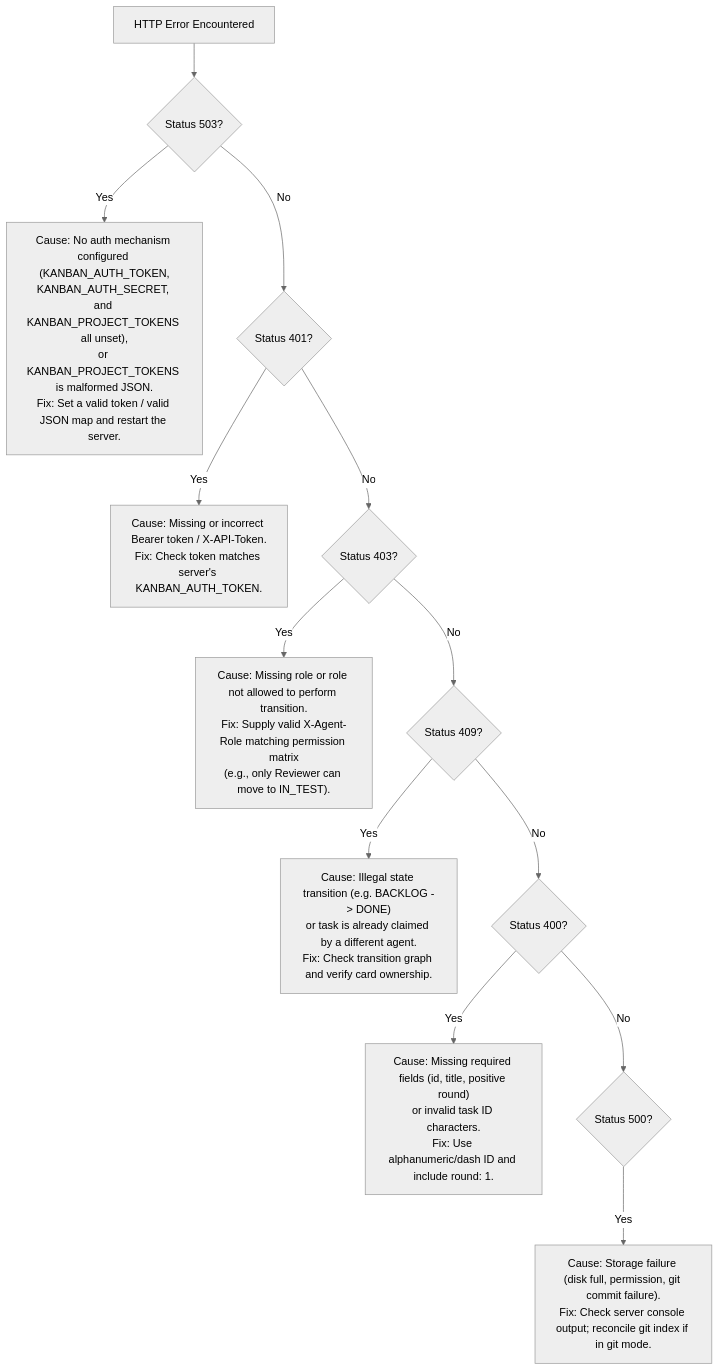
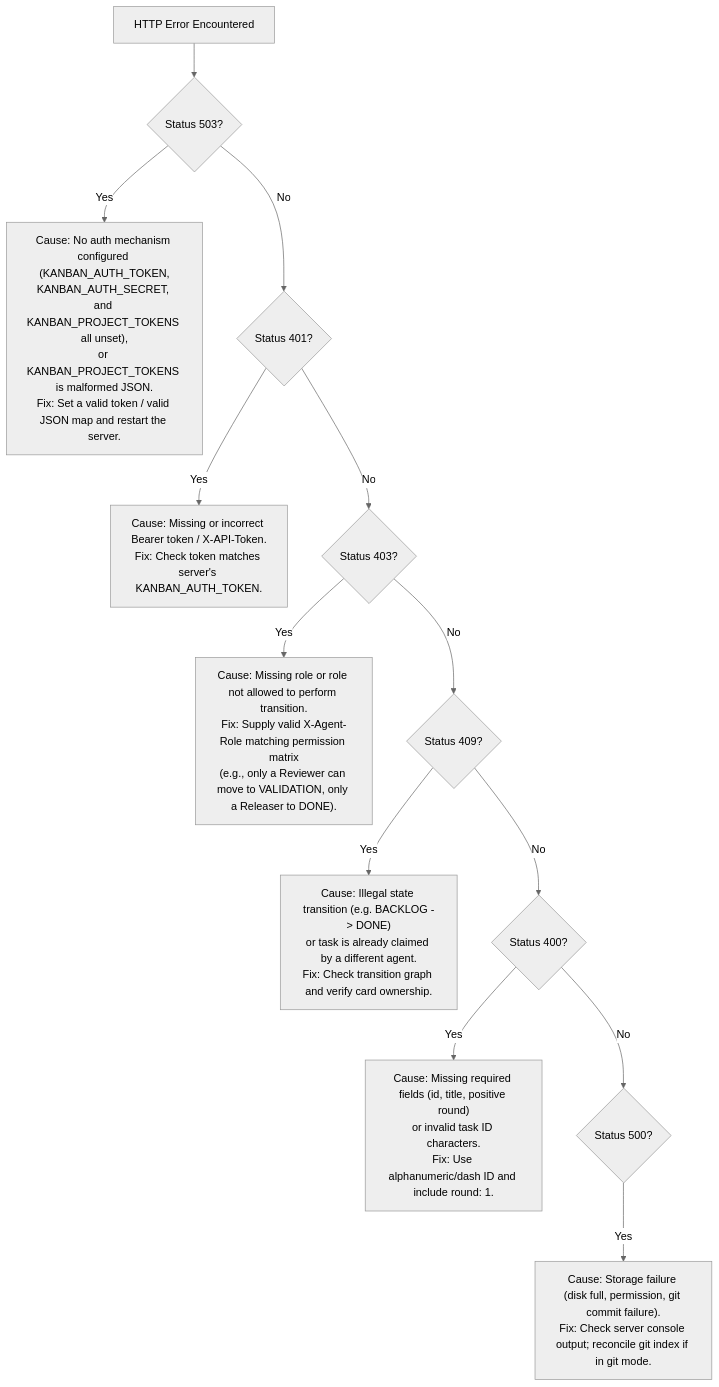
One commit to riazrahaman/agent-kanban-board changed the third of 3 diagrams in docs/USER_AND_OPERATOR_MANUAL.md. Above: the diagram before and after it, drawn with Mermaid (neutral theme). The commit also changed other lines of this file and 14 other files, not shown here.

````diff
--- a/docs/USER_AND_OPERATOR_MANUAL.md
+++ b/docs/USER_AND_OPERATOR_MANUAL.md
@@ -562,22 +598,22 @@
 ```mermaid
 flowchart TD
     Err["HTTP Error Encountered"]
     
     Err --> Code503{"Status 503?"}
     Code503 -- Yes --> Fix503["Cause: No auth mechanism configured (KANBAN_AUTH_TOKEN,\nKANBAN_AUTH_SECRET, and KANBAN_PROJECT_TOKENS all unset),\nor KANBAN_PROJECT_TOKENS is malformed JSON.\nFix: Set a valid token / valid JSON map and restart the server."]
     
     Code503 -- No --> Code401{"Status 401?"}
     Code401 -- Yes --> Fix401["Cause: Missing or incorrect Bearer token / X-API-Token.\nFix: Check token matches server's KANBAN_AUTH_TOKEN."]
 
     Code401 -- No --> Code403{"Status 403?"}
-    Code403 -- Yes --> Fix403["Cause: Missing role or role not allowed to perform transition.\nFix: Supply valid X-Agent-Role matching permission matrix\n(e.g., only Reviewer can move to IN_TEST)."]
+    Code403 -- Yes --> Fix403["Cause: Missing role or role not allowed to perform transition.\nFix: Supply valid X-Agent-Role matching permission matrix\n(e.g., only a Reviewer can move to VALIDATION, only a Releaser to DONE)."]
 
     Code403 -- No --> Code409{"Status 409?"}
     Code409 -- Yes --> Fix409["Cause: Illegal state transition (e.g. BACKLOG -> DONE)\nor task is already claimed by a different agent.\nFix: Check transition graph and verify card ownership."]
 
     Code409 -- No --> Code400{"Status 400?"}
     Code400 -- Yes --> Fix400["Cause: Missing required fields (id, title, positive round)\nor invalid task ID characters.\nFix: Use alphanumeric/dash ID and include round: 1."]
 
     Code400 -- No --> Code500{"Status 500?"}
     Code500 -- Yes --> Fix500["Cause: Storage failure (disk full, permission, git commit failure).\nFix: Check server console output; reconcile git index if in git mode."]
 ```
````
